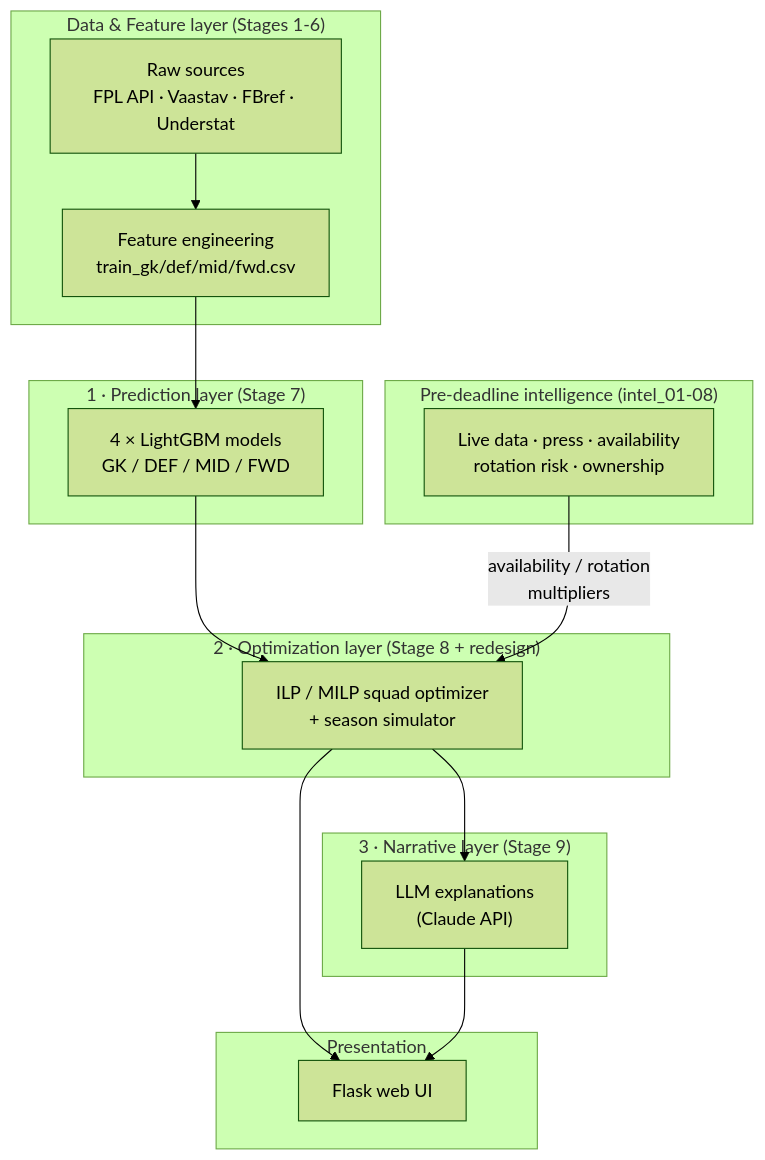
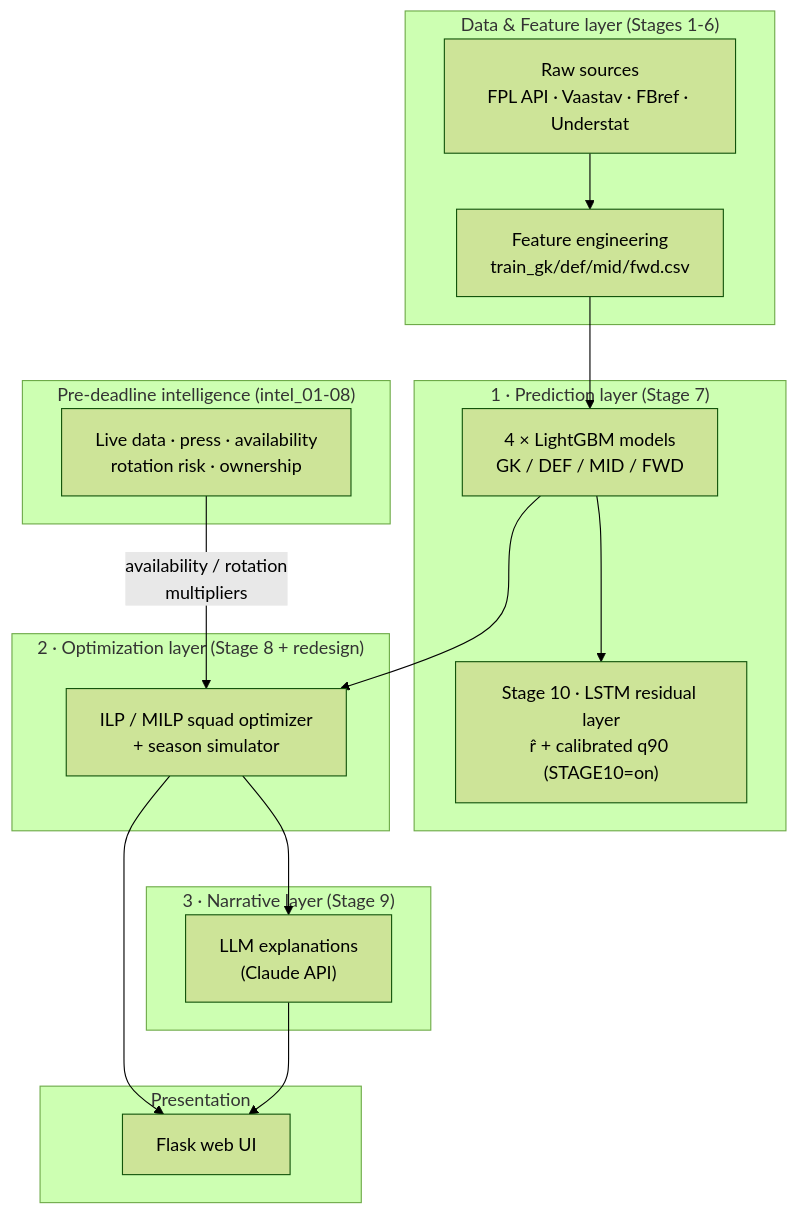
The first of 2 diagrams in docs/architecture/system-overview.md (Andrej-Andonovski/Andrej_dpl_komar_ai), drawn with Mermaid (forest theme) before and after one commit. The commit also changed other lines of this file and 21 other files, not shown here.

````diff
--- a/docs/architecture/system-overview.md
+++ b/docs/architecture/system-overview.md
@@ -25,35 +25,37 @@
 ```mermaid
 flowchart TD
     subgraph L0["Data & Feature layer (Stages 1-6)"]
         RAW["Raw sources<br/>FPL API · Vaastav · FBref · Understat"]
         FEAT["Feature engineering<br/>train_gk/def/mid/fwd.csv"]
         RAW --> FEAT
     end
 
     subgraph L1["1 · Prediction layer (Stage 7)"]
         MODELS["4 × LightGBM models<br/>GK / DEF / MID / FWD"]
+        S10["Stage 10 · LSTM residual layer<br/>r̂ + calibrated q90 (STAGE10=on)"]
+        MODELS --> S10
     end
 
     subgraph L2["2 · Optimization layer (Stage 8 + redesign)"]
         OPT["ILP / MILP squad optimizer<br/>+ season simulator"]
     end
 
     subgraph LX["Pre-deadline intelligence (intel_01-08)"]
         INTEL["Live data · press · availability<br/>rotation risk · ownership"]
     end
 
     subgraph L3["3 · Narrative layer (Stage 9)"]
         LLM["LLM explanations<br/>(Claude API)"]
     end
 
     subgraph UI["Presentation"]
         WEB["Flask web UI"]
     end
 
     FEAT --> MODELS
     MODELS --> OPT
     INTEL -- "availability / rotation<br/>multipliers" --> OPT
     OPT --> LLM
     OPT --> WEB
     LLM --> WEB
 ```
````
